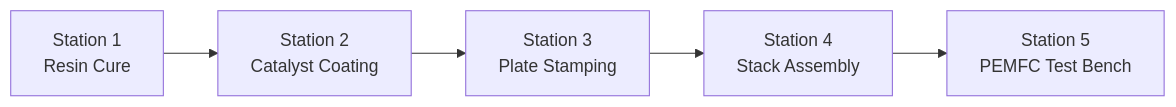
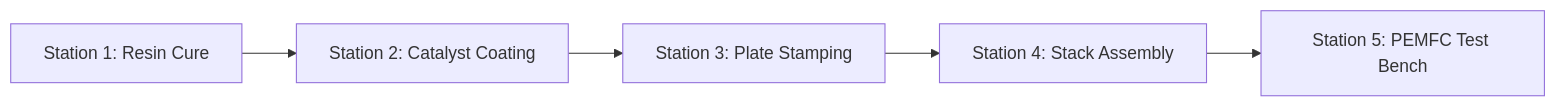
Before and after one commit to utczbr/Matrix_Factory: the diagram in docs/physical-engine/overview.md, drawn with Mermaid. The commit also changed 26 other files, not shown here.

Commit message:
fix(docs): resolve Mermaid syntax warnings and clean LaTeX math parsing across all pages

````diff
--- a/docs/physical-engine/overview.md
+++ b/docs/physical-engine/overview.md
@@ -19,7 +19,7 @@
 ```mermaid
 graph LR
-    S1["Station 1<br>Resin Cure"] --> S2["Station 2<br>Catalyst Coating"]
-    S2 --> S3["Station 3<br>Plate Stamping"]
-    S3 --> S4["Station 4<br>Stack Assembly"]
-    S4 --> S5["Station 5<br>PEMFC Test Bench"]
+    S1["Station 1: Resin Cure"] --> S2["Station 2: Catalyst Coating"]
+    S2 --> S3["Station 3: Plate Stamping"]
+    S3 --> S4["Station 4: Stack Assembly"]
+    S4 --> S5["Station 5: PEMFC Test Bench"]
 ```
````
